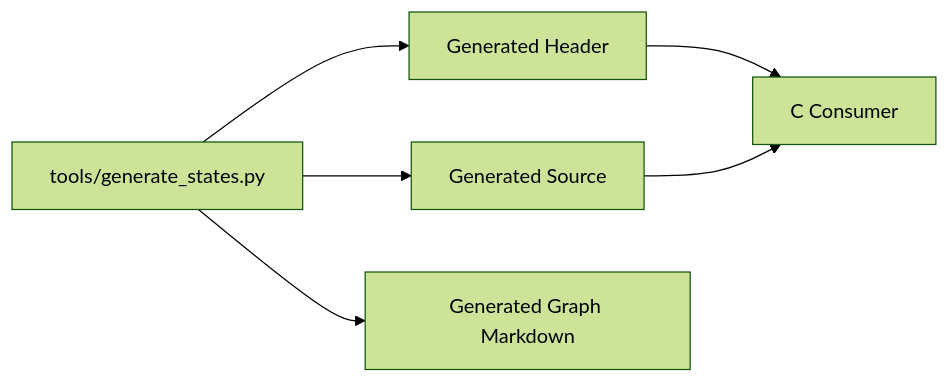
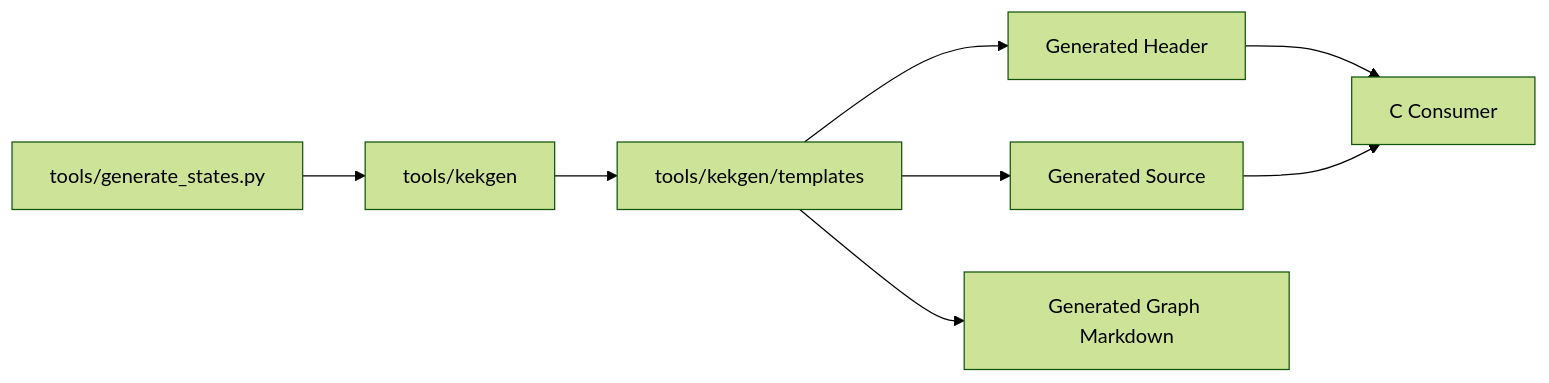
Before and after one commit to knstt/kek: the second of 2 diagrams in doc/generator/architecture.md, drawn with Mermaid (forest theme). The commit also changed other lines of this file and 15 other files, not shown here.

````diff
--- a/doc/generator/architecture.md
+++ b/doc/generator/architecture.md
@@ -91,14 +109,18 @@
 ```mermaid
 flowchart LR
-    Generator[tools/generate_states.py]
+    CLI[tools/generate_states.py]
+    Generator[tools/kekgen]
+    Templates[tools/kekgen/templates]
     GeneratedHeader[Generated Header]
     GeneratedSource[Generated Source]
     GeneratedGraph[Generated Graph Markdown]
     Consumer[C Consumer]
 
-    Generator --> GeneratedHeader
-    Generator --> GeneratedSource
-    Generator --> GeneratedGraph
+    CLI --> Generator
+    Generator --> Templates
+    Templates --> GeneratedHeader
+    Templates --> GeneratedSource
+    Templates --> GeneratedGraph
     GeneratedHeader --> Consumer
     GeneratedSource --> Consumer
 ```
````
